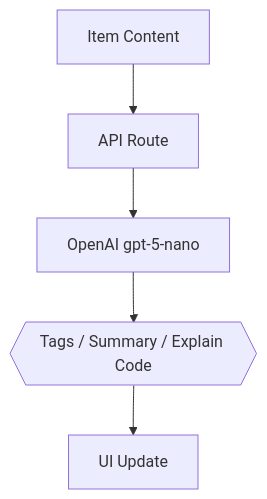
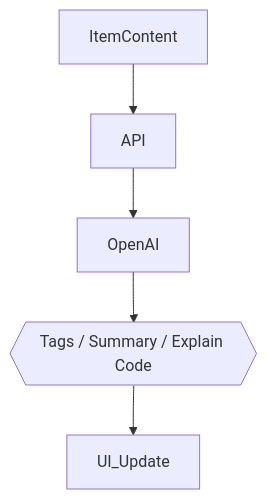
One commit to mafusco60/DevStash changed the third of 3 diagrams in context/project-overview.md. Above: the diagram before and after it, drawn with Mermaid. The commit also changed other lines of this file and 2 other files, not shown here.

````diff
--- a/context/project-overview.md
+++ b/context/project-overview.md
@@ -300,7 +278,7 @@
 ```mermaid
 flowchart TD
-  ItemContent[Item Content] --> API[API Route]
-  API --> OpenAI[OpenAI gpt-5-nano]
+  ItemContent --> API
+  API --> OpenAI
   OpenAI --> Suggestions{{Tags / Summary / Explain Code}}
-  Suggestions --> UI_Update[UI Update]
+  Suggestions --> UI_Update
 ```
````
